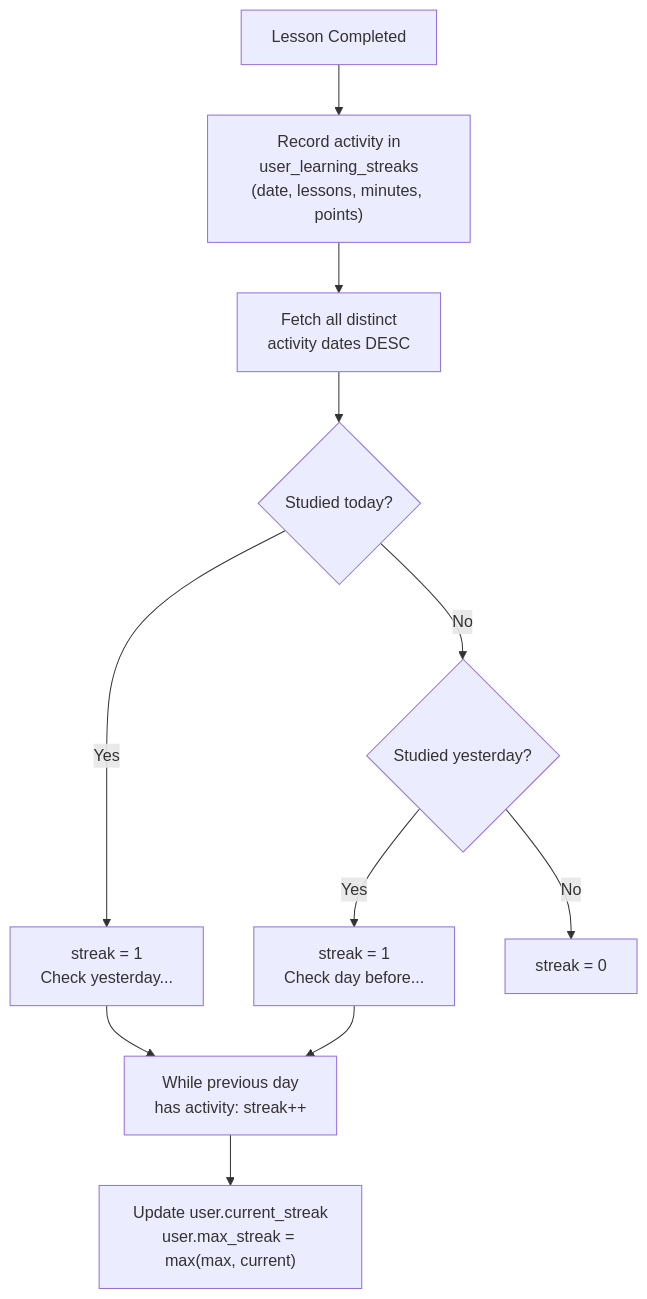
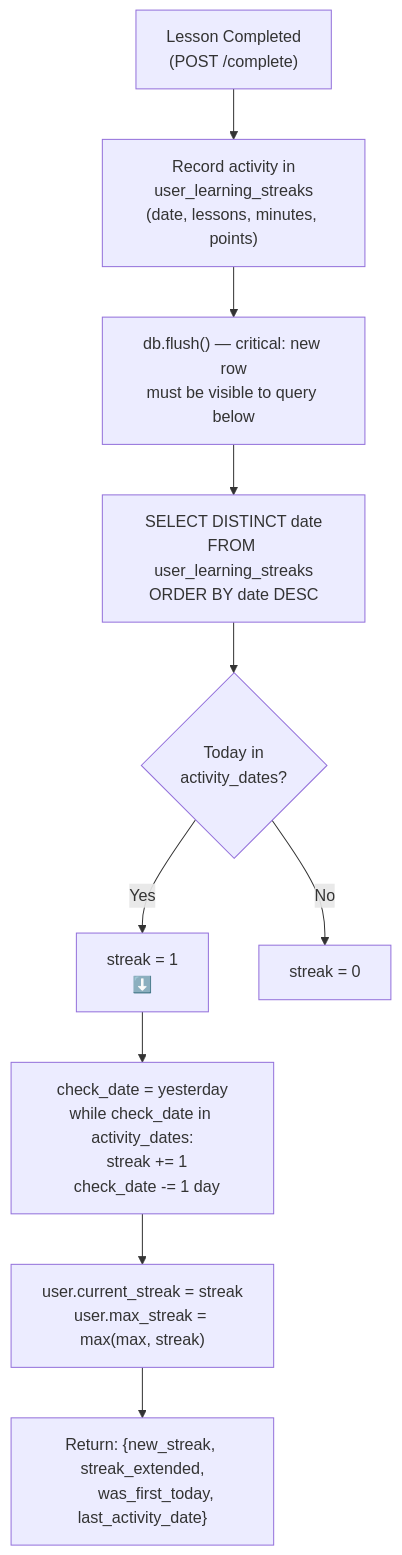
The ninth of 15 diagrams in backend/BACKEND_GUIDE.md (jesusvasquezjr3-littlefounders/LITTLEFOUNDERS-AI), drawn with Mermaid before and after one commit. The commit also changed other lines of this file and 6 other files, not shown here.

````diff
--- a/backend/BACKEND_GUIDE.md
+++ b/backend/BACKEND_GUIDE.md
@@ -857,13 +1158,12 @@
 ```mermaid
 graph TD
-    COMPLETE["Lesson Completed"] --> RECORD["Record activity in<br/>user_learning_streaks<br/>(date, lessons, minutes, points)"]
-    RECORD --> FETCH["Fetch all distinct<br/>activity dates DESC"]
-    FETCH --> TODAY{"Studied today?"}
-    TODAY -->|Yes| COUNT["streak = 1<br/>Check yesterday..."]
-    TODAY -->|No| YEST{"Studied yesterday?"}
-    YEST -->|Yes| COUNT2["streak = 1<br/>Check day before..."]
-    YEST -->|No| ZERO["streak = 0"]
-    COUNT --> LOOP["While previous day<br/>has activity: streak++"]
-    COUNT2 --> LOOP
-    LOOP --> UPDATE["Update user.current_streak<br/>user.max_streak = max(max, current)"]
+    COMPLETE["Lesson Completed<br/>(POST /complete)"] --> RECORD["Record activity in<br/>user_learning_streaks<br/>(date, lessons, minutes, points)"]
+    RECORD --> FLUSH["db.flush() — critical: new row<br/>must be visible to query below"]
+    FLUSH --> FETCH["SELECT DISTINCT date<br/>FROM user_learning_streaks<br/>ORDER BY date DESC"]
+    FETCH --> TODAY{"Today in<br/>activity_dates?"}
+    TODAY -->|Yes| COUNT["streak = 1<br/>⬇️"]
+    TODAY -->|No| ZERO["streak = 0"]
+    COUNT --> LOOP["check_date = yesterday<br/>while check_date in activity_dates:<br/>  streak += 1<br/>  check_date -= 1 day"]
+    LOOP --> UPDATE["user.current_streak = streak<br/>user.max_streak = max(max, streak)"]
+    UPDATE --> RESP["Return: {new_streak, streak_extended,<br/>       was_first_today, last_activity_date}"]
 ```
````
